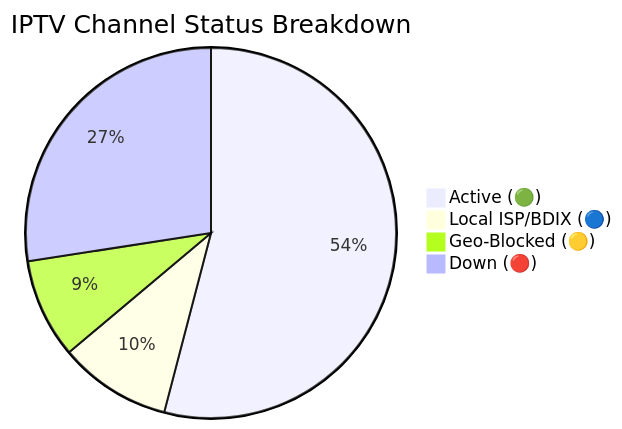
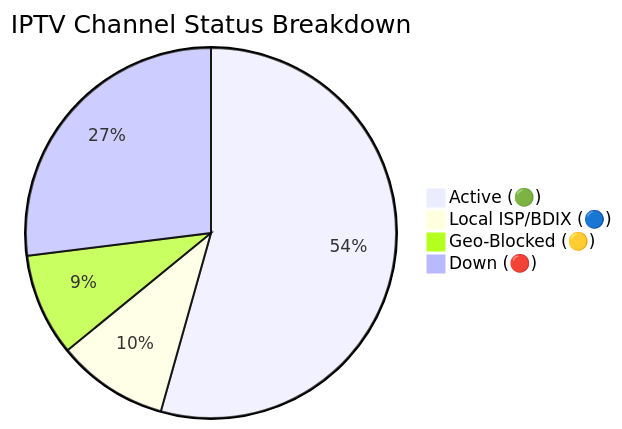
One commit to f6388600-ai/Web changed the diagram in README.md. Above: the diagram before and after it, drawn with Mermaid. The commit also changed other lines of this file and 6 other files, not shown here.

````diff
--- a/README.md
+++ b/README.md
@@ -149,7 +149,7 @@
 ```mermaid
 pie title IPTV Channel Status Breakdown
-    "Active (🟢)" : 9629
-    "Local ISP/BDIX (🔵)" : 1747
-    "Geo-Blocked (🟡)" : 1546
-    "Down (🔴)" : 4888
+    "Active (🟢)" : 9682
+    "Local ISP/BDIX (🔵)" : 1733
+    "Geo-Blocked (🟡)" : 1592
+    "Down (🔴)" : 4803
 ```
````
